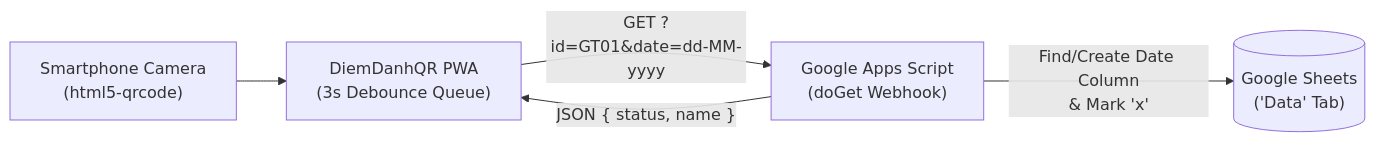
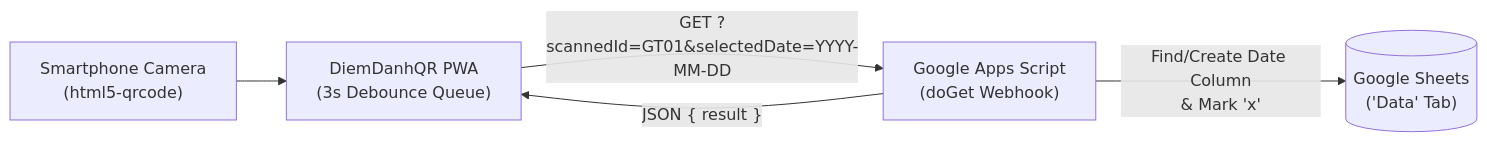
Before and after one commit to Tthanh2k6/DiemDanhQR: the diagram in README.md, drawn with Mermaid. The commit also changed other lines of this file, not shown here.

Commit message:
README: fix the Apps Script query parameters and response shape, drop unmeasured throughput

````diff
--- a/README.md
+++ b/README.md
@@ -38,7 +38,7 @@
 ```mermaid
 flowchart LR
     QR["Smartphone Camera\n(html5-qrcode)"] --> PWA["DiemDanhQR PWA\n(3s Debounce Queue)"]
-    PWA -->|"GET ?id=GT01&date=dd-MM-yyyy"| GAS["Google Apps Script\n(doGet Webhook)"]
+    PWA -->|"GET ?scannedId=GT01&selectedDate=YYYY-MM-DD"| GAS["Google Apps Script\n(doGet Webhook)"]
     GAS -->|"Find/Create Date Column\n& Mark 'x'"| Sheet[("Google Sheets\n('Data' Tab)")]
-    GAS -->|"JSON { status, name }"| PWA
+    GAS -->|"JSON { result }"| PWA
 ```
````
